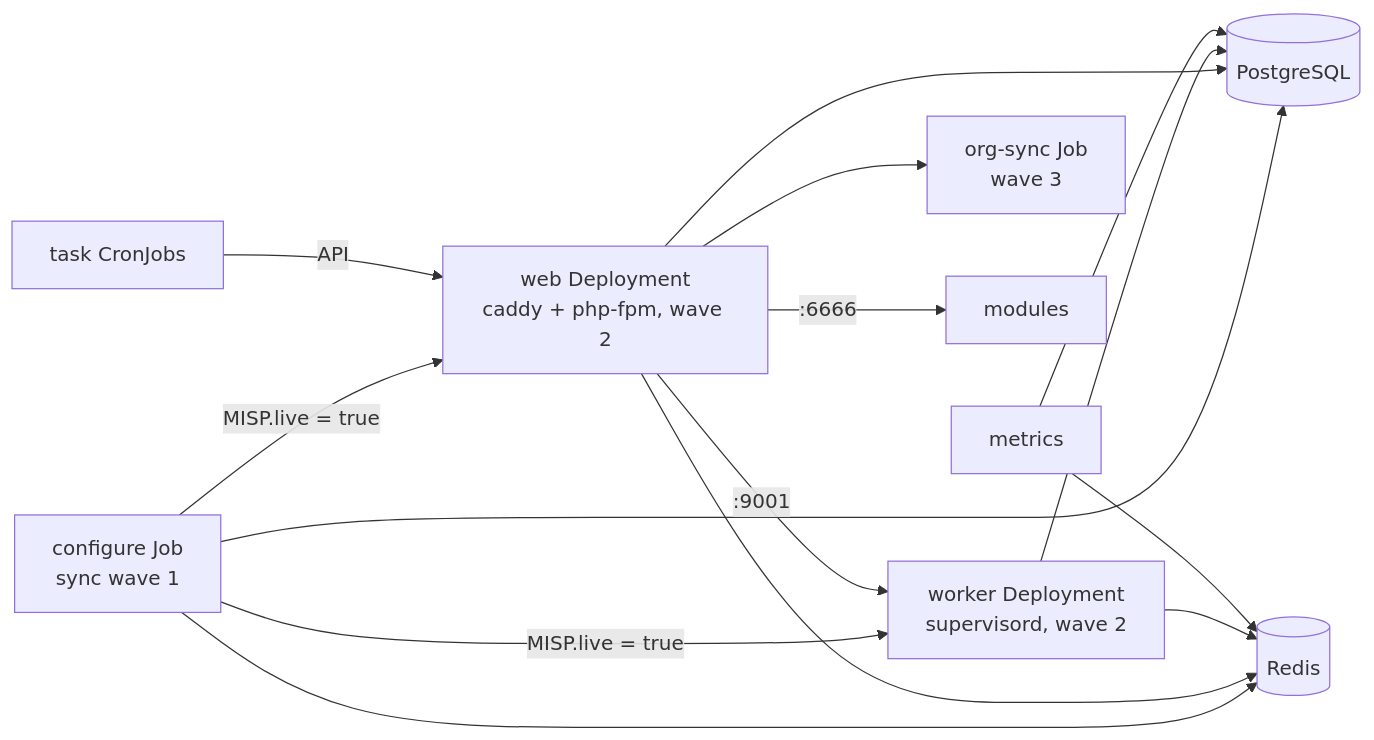
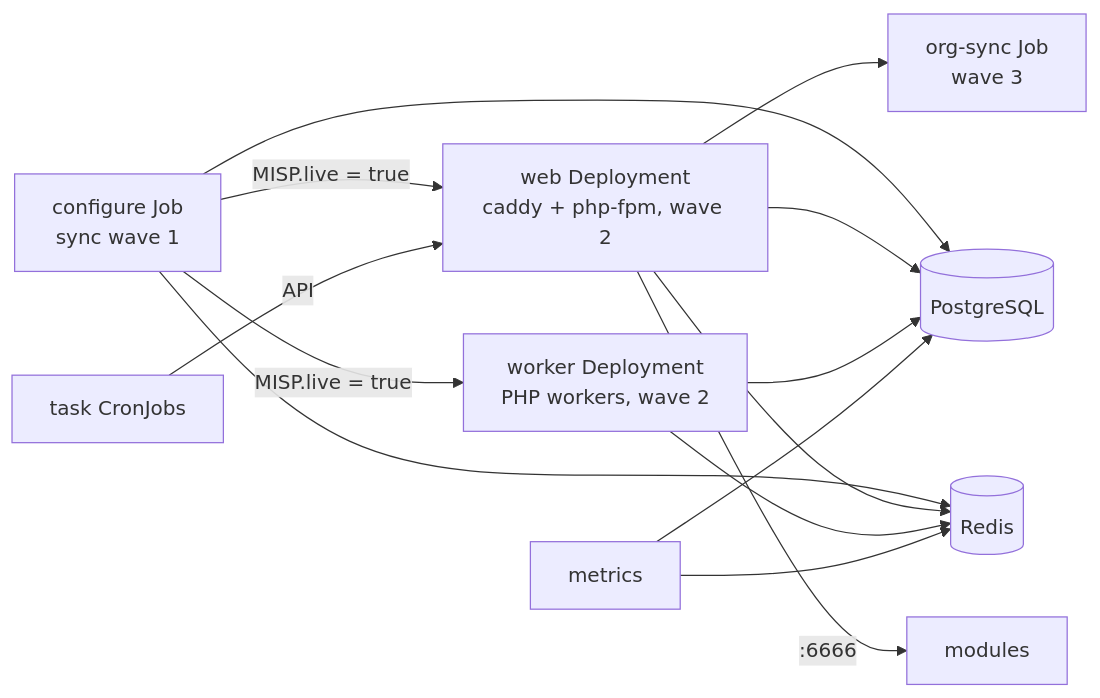
One commit to oivindoh/misp-container changed the diagram in docs/architecture.md. Above: the diagram before and after it, drawn with Mermaid. The commit also changed other lines of this file and 33 other files, not shown here.

Commit message:
workers without supervisord: the worker entrypoint runs and restarts MISP's queue workers itself, so the supervisor package, the TCP proxy, the worker Service and port 9001 go, and MISP.manage_workers is off

````diff
--- a/docs/architecture.md
+++ b/docs/architecture.md
@@ -13,17 +13,16 @@
 ```mermaid
 flowchart LR
     cfg[configure Job<br/>sync wave 1] -->|MISP.live = true| web[web Deployment<br/>caddy + php-fpm, wave 2]
-    cfg -->|MISP.live = true| worker[worker Deployment<br/>supervisord, wave 2]
+    cfg -->|MISP.live = true| worker[worker Deployment<br/>PHP workers, wave 2]
     web --> sync[org-sync Job<br/>wave 3]
     cfg --> db[(PostgreSQL)]
     cfg --> redis[(Redis)]
     web --> db
     web --> redis
     worker --> db
     worker --> redis
-    web -->|:9001| worker
     web -->|:6666| modules[modules]
     metrics[metrics] --> db
     metrics --> redis
     tasks[task CronJobs] -->|API| web
 ```
````
